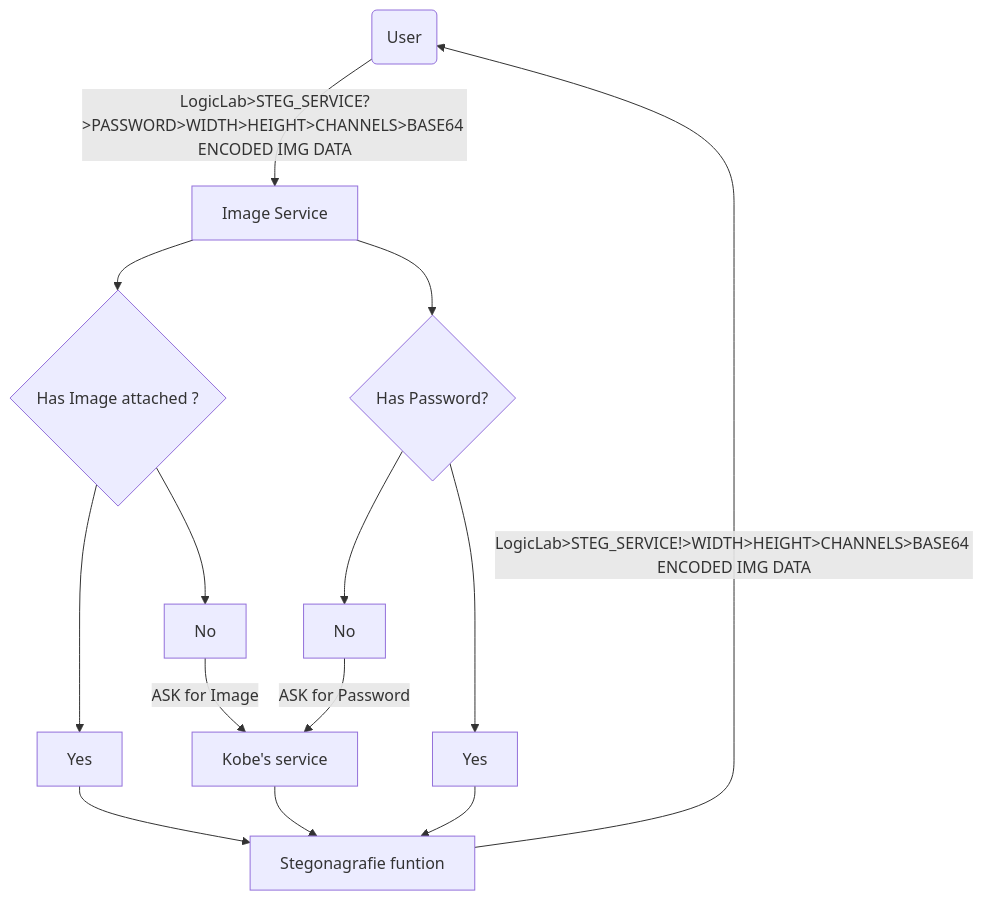
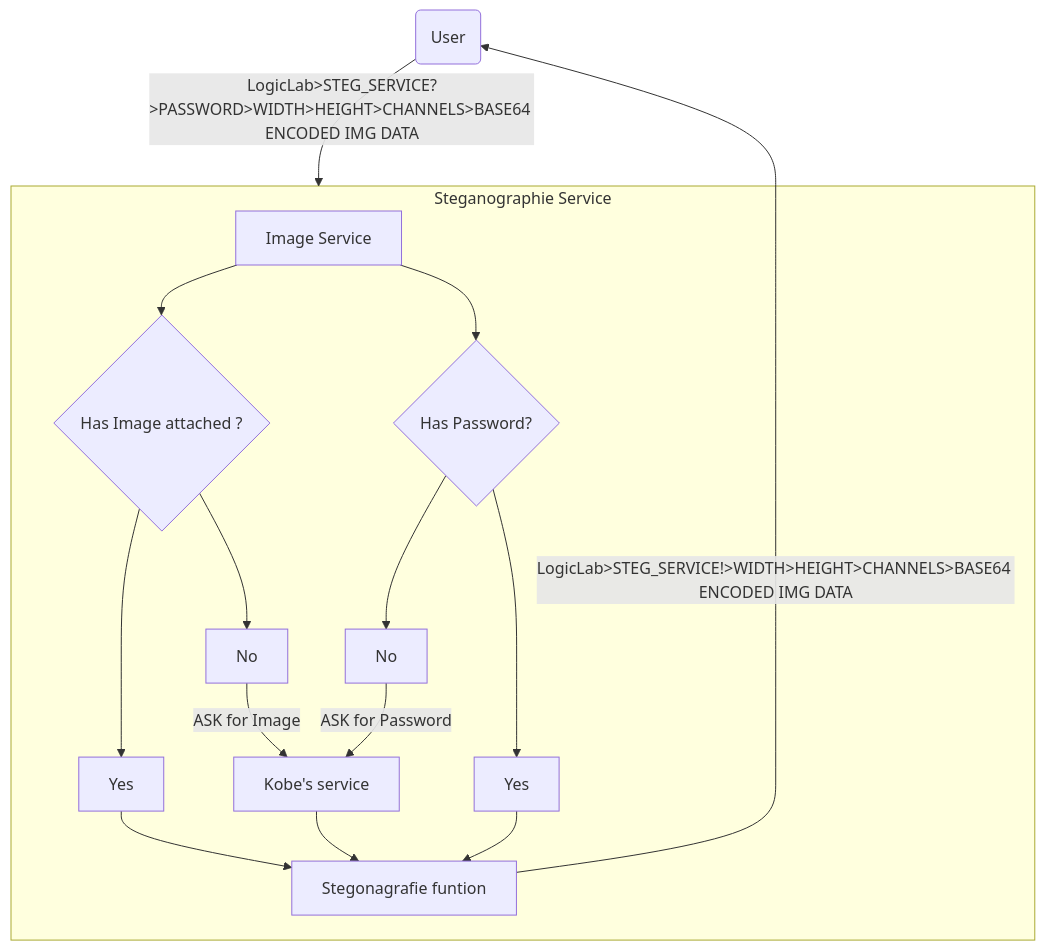
Before and after one commit to SeppeBudenaers/Network_Porgraming_PXL_2024: the first of 2 diagrams in READme.md, drawn with Mermaid.

````diff
--- a/READme.md
+++ b/READme.md
@@ -3,30 +3,32 @@
 ```mermaid
 flowchart TD
 User(User)
 Service[Image Service]
 Kobe[Kobe's service]
 Stegfun[Stegonagrafie funtion]
 NO_img[No]
 YES_img[Yes]
 NO_PASS[No]
 YES_PASS[Yes]
 
-User --> |LogicLab>STEG_SERVICE?>PASSWORD>WIDTH>HEIGHT>CHANNELS>BASE64 ENCODED IMG DATA| Service
-
+User --> |LogicLab>STEG_SERVICE?>PASSWORD>WIDTH>HEIGHT>CHANNELS>BASE64 ENCODED IMG DATA| ide1
+subgraph ide1 [Steganographie Service]
 Service --> IF_IMG{Has Image attached ?}
 IF_IMG --> NO_img
 NO_img --> |ASK for Image|Kobe
 IF_IMG --> YES_img
 YES_img --> Stegfun
 Kobe --> Stegfun
 
 Service --> IF_PASS{Has Password?}
 IF_PASS --> NO_PASS
 NO_PASS --> |ASK for Password|Kobe
 IF_PASS --> YES_PASS
 YES_PASS --> Stegfun
+end
+
 Stegfun --> |LogicLab>STEG_SERVICE!>WIDTH>HEIGHT>CHANNELS>BASE64 ENCODED IMG DATA| User
 
 
 
 ```
````
